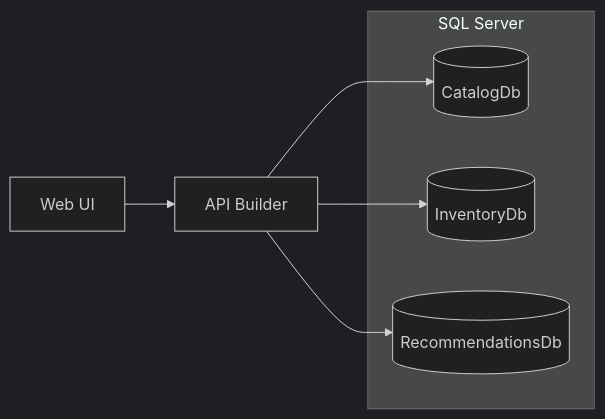
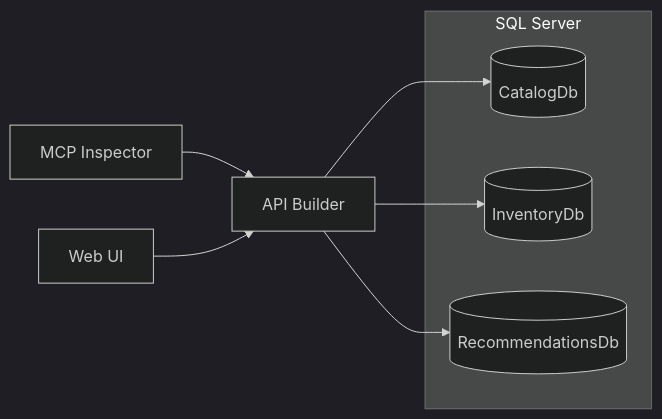
The first of 2 diagrams in README.md (JerryNixon/dab-multi-source-demo), drawn with Mermaid (dark theme) before and after one commit. The commit also changed other lines of this file, not shown here.

````diff
--- a/README.md
+++ b/README.md
@@ -9,12 +9,13 @@
 ```mermaid
 flowchart LR
+  Inspector["MCP Inspector"] --> DAB
   WebUI["Web UI"] --> DAB
   DAB["API Builder"] --> CatalogDb[(CatalogDb)]
   DAB --> InventoryDb[(InventoryDb)]
   DAB --> RecommendationsDb[(RecommendationsDb)]
   subgraph SQL Server
     CatalogDb
     InventoryDb
     RecommendationsDb
   end
 ```
````
